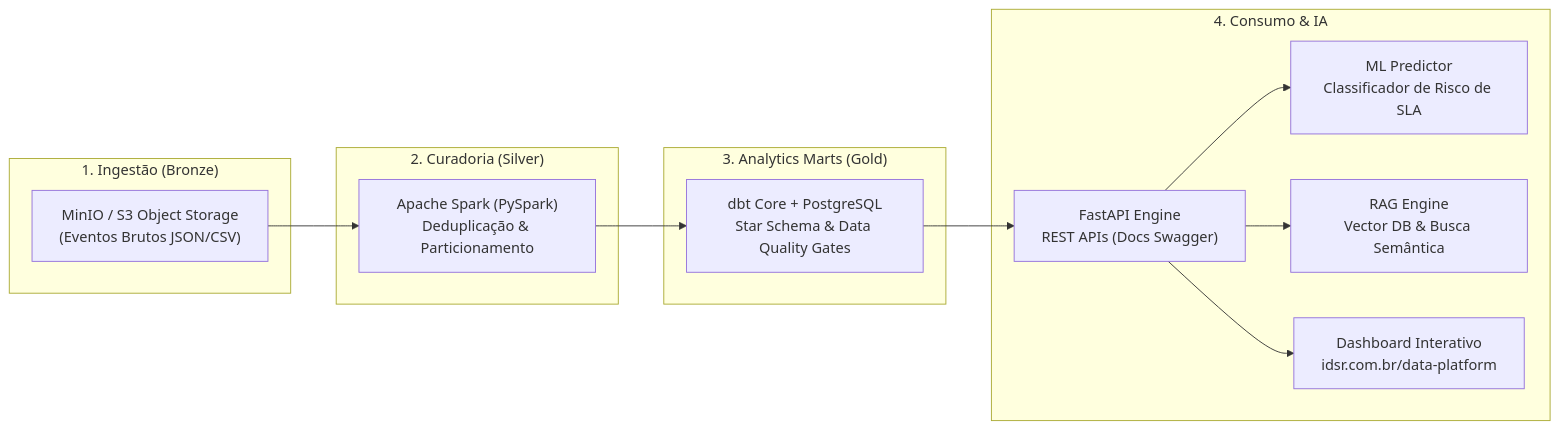
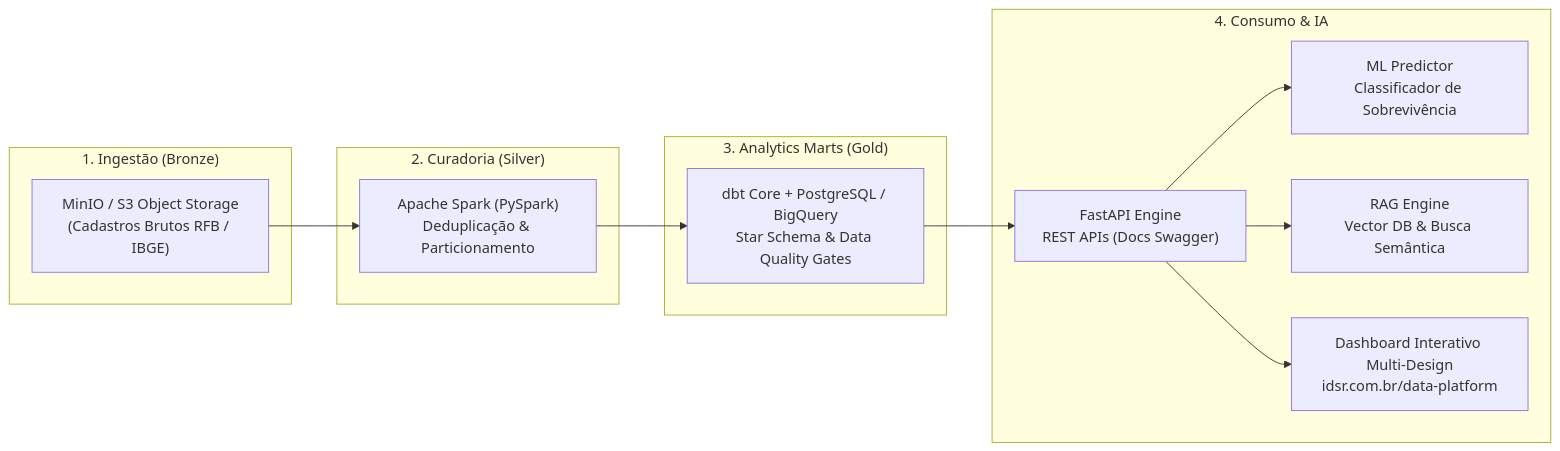
One commit to blablabl4/idsr-data-platform changed the diagram in README.md. Above: the diagram before and after it, drawn with Mermaid. The commit also changed other lines of this file and 2 other files, not shown here.

Commit message:
feat: add multi-design system switcher (IDSR, Google M3, Apple HIG, AWS Console) and federal public data integration

````diff
--- a/README.md
+++ b/README.md
@@ -13,28 +14,28 @@
 ```mermaid
 flowchart LR
     subgraph Landing["1. Ingestão (Bronze)"]
-        S3["MinIO / S3 Object Storage<br/>(Eventos Brutos JSON/CSV)"]
+        S3["MinIO / S3 Object Storage<br/>(Cadastros Brutos RFB / IBGE)"]
     end
 
     subgraph Processing["2. Curadoria (Silver)"]
         Spark["Apache Spark (PySpark)<br/>Deduplicação & Particionamento"]
     end
 
     subgraph Modeling["3. Analytics Marts (Gold)"]
-        DBT["dbt Core + PostgreSQL<br/>Star Schema & Data Quality Gates"]
+        DBT["dbt Core + PostgreSQL / BigQuery<br/>Star Schema & Data Quality Gates"]
     end
 
     subgraph Consumption["4. Consumo & IA"]
         FastAPI["FastAPI Engine<br/>REST APIs (Docs Swagger)"]
-        ML["ML Predictor<br/>Classificador de Risco de SLA"]
+        ML["ML Predictor<br/>Classificador de Sobrevivência"]
         RAG["RAG Engine<br/>Vector DB & Busca Semântica"]
-        UI["Dashboard Interativo<br/>idsr.com.br/data-platform"]
+        UI["Dashboard Interativo Multi-Design<br/>idsr.com.br/data-platform"]
     end
 
     S3 --> Spark
     Spark --> DBT
     DBT --> FastAPI
     FastAPI --> ML
     FastAPI --> RAG
     FastAPI --> UI
 ```
````
